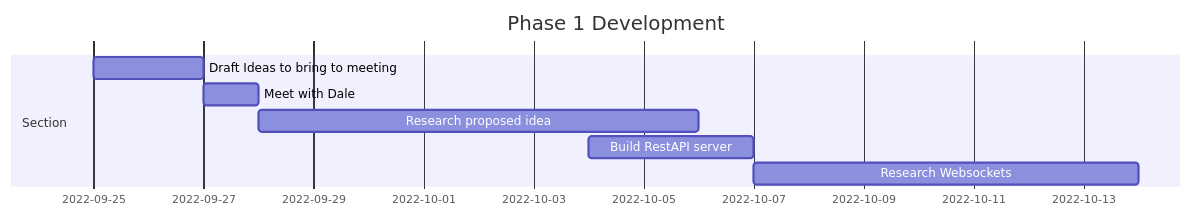
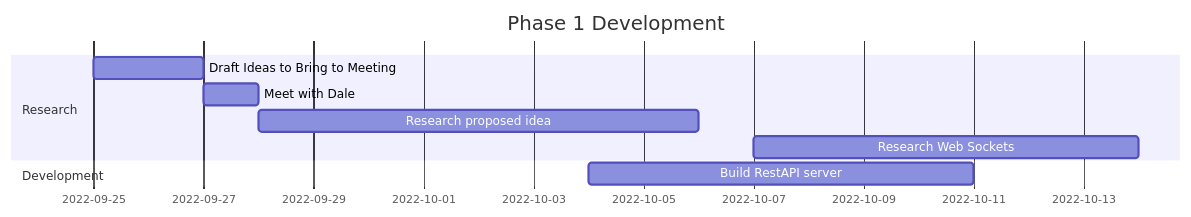
One commit to Joshua-Yuill/Votley_Final-Year-Project changed the first of 3 diagrams in Docs/report.md. Above: the diagram before and after it, drawn with Mermaid. The commit also changed other lines of this file and 1 other file, not shown here.

````diff
--- a/Docs/report.md
+++ b/Docs/report.md
@@ -28,11 +84,12 @@
 ```mermaid
 gantt
     title Phase 1 Development
     dateFormat  YYYY-MM-DD
-    section Section
-    Draft Ideas to bring to meeting           :a1, 2022-09-25, 2d
+    section Research
+    Draft Ideas to Bring to Meeting           :a1, 2022-09-25, 2d
     Meet with Dale            :a1, 2022-09-27, 1d
     Research proposed idea            :2022-09-28, 8d
-    Build RestAPI server           :2022-10-04, 3d
-    Research Websockets           :2022-10-07, 7d
+    Research Web Sockets           :2022-10-07, 7d
+    section Development
+    Build RestAPI server           :2022-10-04, 7d
 ```
````
